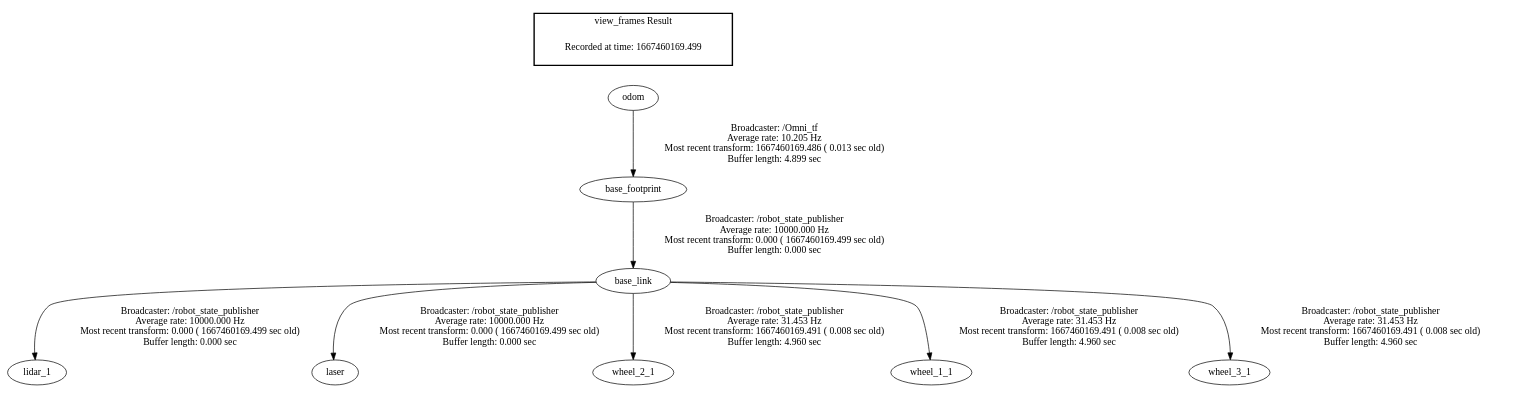
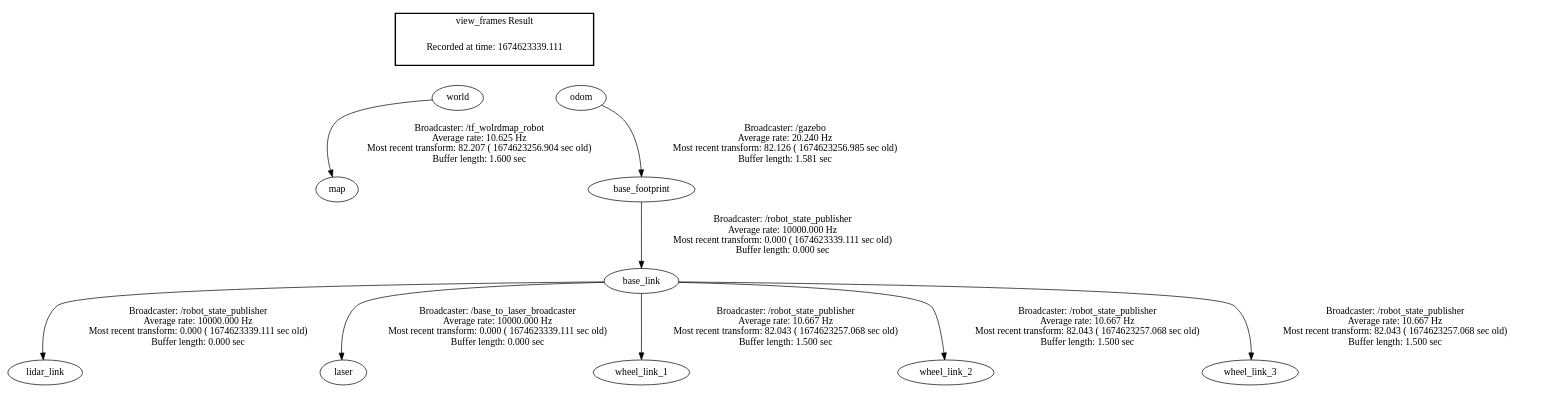
Before and after one commit to chanun3571/testswarm1: the diagram in main/arobota2/frames.gv, drawn with Graphviz. The commit also changed 4 other files, not shown here.

```diff
--- a/main/arobota2/frames.gv
+++ b/main/arobota2/frames.gv
@@ -1,13 +1,18 @@
 digraph G {
-"base_link" -> "lidar_1"[label="Broadcaster: /robot_state_publisher\nAverage rate: 10000.000 Hz\nMost recent transform: 0.000 ( 1667460169.499 sec old)\nBuffer length: 0.000 sec\n"];
-"base_footprint" -> "base_link"[label="Broadcaster: /robot_state_publisher\nAverage rate: 10000.000 Hz\nMost recent transform: 0.000 ( 1667460169.499 sec old)\nBuffer length: 0.000 sec\n"];
-"odom" -> "base_footprint"[label="Broadcaster: /Omni_tf\nAverage rate: 10.205 Hz\nMost recent transform: 1667460169.486 ( 0.013 sec old)\nBuffer length: 4.899 sec\n"];
-"base_link" -> "laser"[label="Broadcaster: /robot_state_publisher\nAverage rate: 10000.000 Hz\nMost recent transform: 0.000 ( 1667460169.499 sec old)\nBuffer length: 0.000 sec\n"];
-"base_link" -> "wheel_2_1"[label="Broadcaster: /robot_state_publisher\nAverage rate: 31.453 Hz\nMost recent transform: 1667460169.491 ( 0.008 sec old)\nBuffer length: 4.960 sec\n"];
-"base_link" -> "wheel_1_1"[label="Broadcaster: /robot_state_publisher\nAverage rate: 31.453 Hz\nMost recent transform: 1667460169.491 ( 0.008 sec old)\nBuffer length: 4.960 sec\n"];
-"base_link" -> "wheel_3_1"[label="Broadcaster: /robot_state_publisher\nAverage rate: 31.453 Hz\nMost recent transform: 1667460169.491 ( 0.008 sec old)\nBuffer length: 4.960 sec\n"];
+"world" -> "map"[label="Broadcaster: /tf_wolrdmap_robot\nAverage rate: 10.625 Hz\nMost recent transform: 82.207 ( 1674623256.904 sec old)\nBuffer length: 1.600 sec\n"];
+"base_link" -> "lidar_link"[label="Broadcaster: /robot_state_publisher\nAverage rate: 10000.000 Hz\nMost recent transform: 0.000 ( 1674623339.111 sec old)\nBuffer length: 0.000 sec\n"];
+"base_footprint" -> "base_link"[label="Broadcaster: /robot_state_publisher\nAverage rate: 10000.000 Hz\nMost recent transform: 0.000 ( 1674623339.111 sec old)\nBuffer length: 0.000 sec\n"];
+"odom" -> "base_footprint"[label="Broadcaster: /gazebo\nAverage rate: 20.240 Hz\nMost recent transform: 82.126 ( 1674623256.985 sec old)\nBuffer length: 1.581 sec\n"];
+"base_link" -> "laser"[label="Broadcaster: /base_to_laser_broadcaster\nAverage rate: 10000.000 Hz\nMost recent transform: 0.000 ( 1674623339.111 sec old)\nBuffer length: 0.000 sec\n"];
+"base_link" -> "wheel_link_1"[label="Broadcaster: /robot_state_publisher\nAverage rate: 10.667 Hz\nMost recent transform: 82.043 ( 1674623257.068 sec old)\nBuffer length: 1.500 sec\n"];
+"base_link" -> "wheel_link_2"[label="Broadcaster: /robot_state_publisher\nAverage rate: 10.667 Hz\nMost recent transform: 82.043 ( 1674623257.068 sec old)\nBuffer length: 1.500 sec\n"];
+"base_link" -> "wheel_link_3"[label="Broadcaster: /robot_state_publisher\nAverage rate: 10.667 Hz\nMost recent transform: 82.043 ( 1674623257.068 sec old)\nBuffer length: 1.500 sec\n"];
 edge [style=invis];
  subgraph cluster_legend { style=bold; color=black; label ="view_frames Result";
-"Recorded at time: 1667460169.499"[ shape=plaintext ] ;
+"Recorded at time: 1674623339.111"[ shape=plaintext ] ;
+ }->"world";
+edge [style=invis];
+ subgraph cluster_legend { style=bold; color=black; label ="view_frames Result";
+"Recorded at time: 1674623339.111"[ shape=plaintext ] ;
  }->"odom";
 }
```
